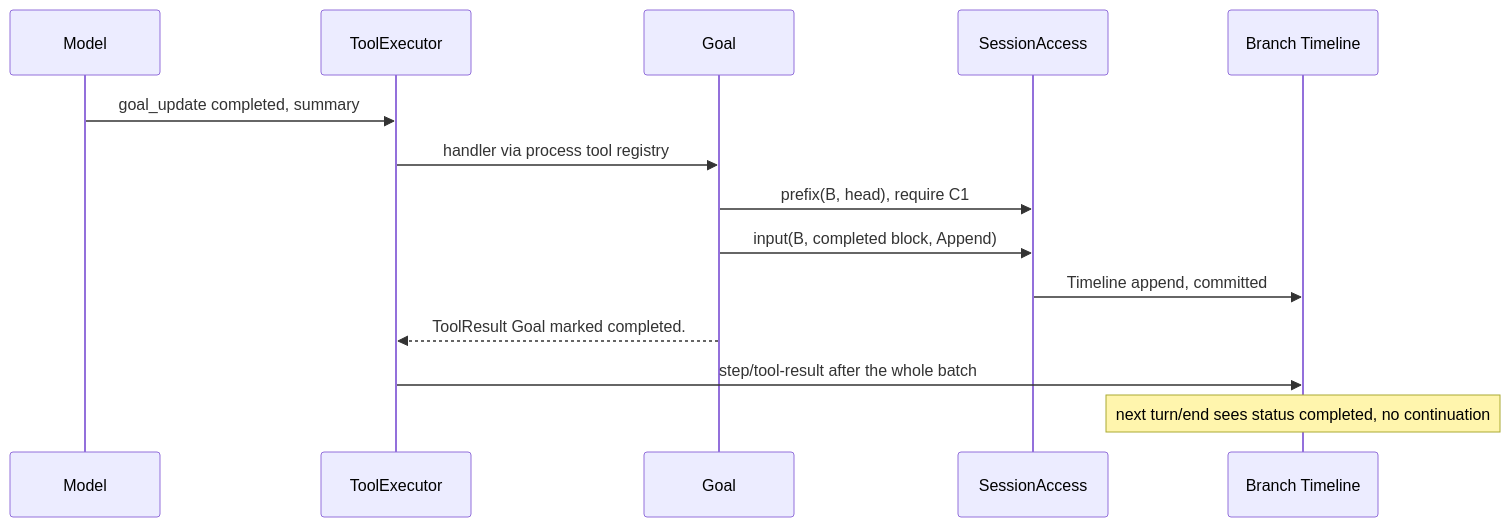
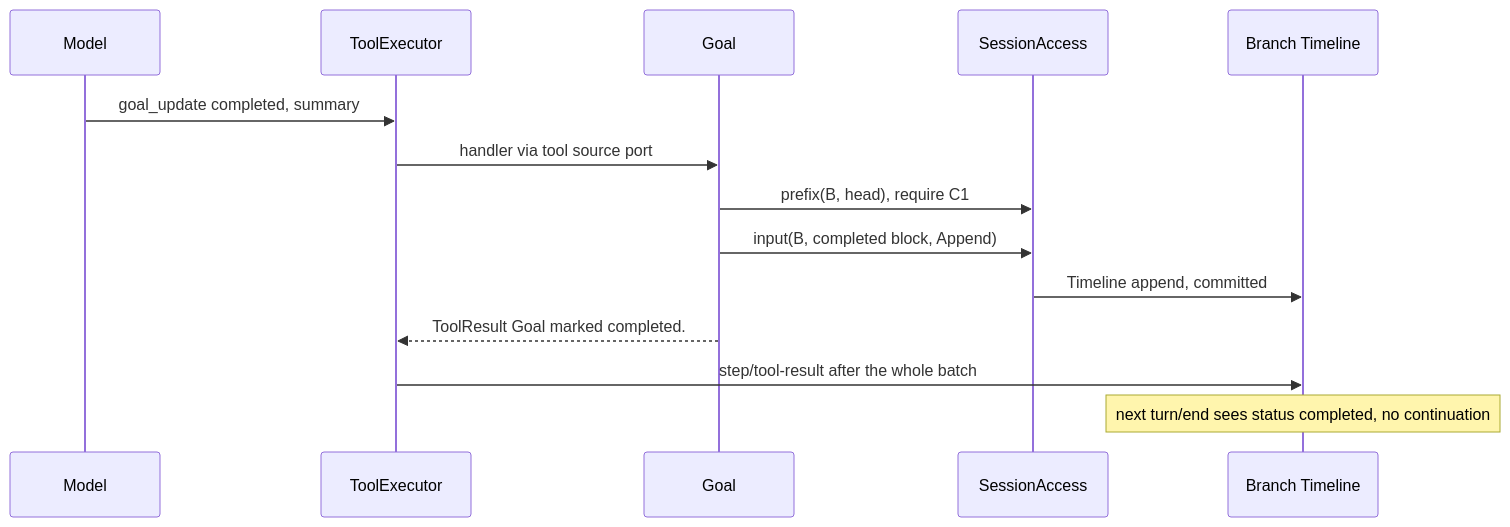
One commit to CoutinhoTTS/dim-agent changed the fourth of 7 diagrams in docs/design/plugins/Goal.md. Above: the diagram before and after it, drawn with Mermaid. The commit also changed other lines of this file and 3 other files, not shown here.

````diff
--- a/docs/design/plugins/Goal.md
+++ b/docs/design/plugins/Goal.md
@@ -114,16 +114,16 @@
 ```mermaid
 sequenceDiagram
   participant Model
   participant TE as ToolExecutor
   participant Goal
   participant SA as SessionAccess
   participant TL as Branch Timeline
   Model->>TE: goal_update completed, summary
-  TE->>Goal: handler via process tool registry
+  TE->>Goal: handler via tool source port
   Goal->>SA: prefix(B, head), require C1
   Goal->>SA: input(B, completed block, Append)
   SA->>TL: Timeline append, committed
   Goal-->>TE: ToolResult Goal marked completed.
   TE->>TL: step/tool-result after the whole batch
   Note over TL: next turn/end sees status completed, no continuation
 ```
````
